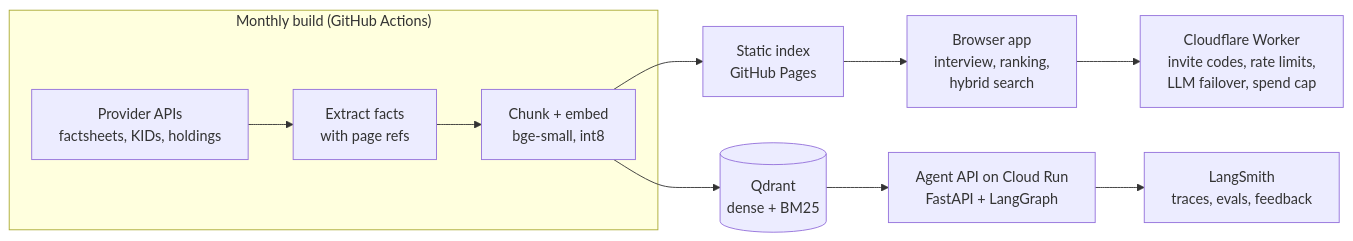
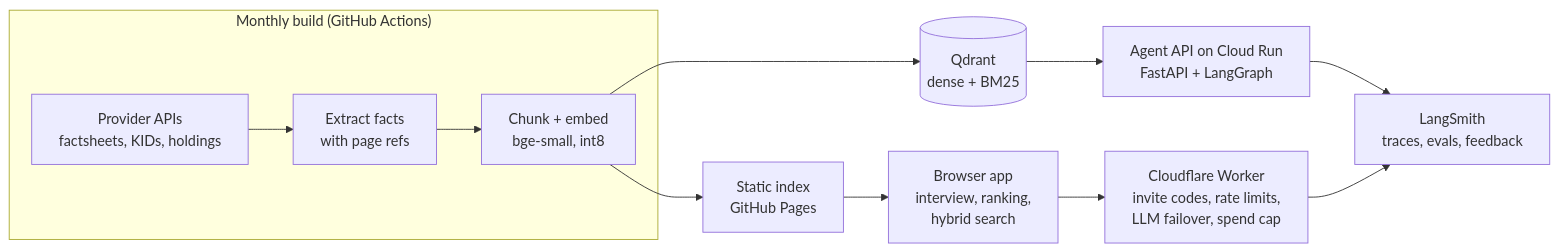
The diagram in README.md (rflepp/ETF_RAG), drawn with Mermaid before and after one commit. The commit also changed other lines of this file and 14 other files, not shown here.

````diff
--- a/README.md
+++ b/README.md
@@ -14,12 +14,13 @@
 ```mermaid
 flowchart LR
   subgraph Build["Monthly build (GitHub Actions)"]
     D[Provider APIs<br/>factsheets, KIDs, holdings] --> X[Extract facts<br/>with page refs] --> C[Chunk + embed<br/>bge-small, int8]
   end
   C --> S[Static index<br/>GitHub Pages]
   C --> Q[(Qdrant<br/>dense + BM25)]
   S --> B[Browser app<br/>interview, ranking,<br/>hybrid search]
   B --> W[Cloudflare Worker<br/>invite codes, rate limits,<br/>LLM failover, spend cap]
   Q --> A[Agent API on Cloud Run<br/>FastAPI + LangGraph]
   A --> L[LangSmith<br/>traces, evals, feedback]
+  W --> L
 ```
````
